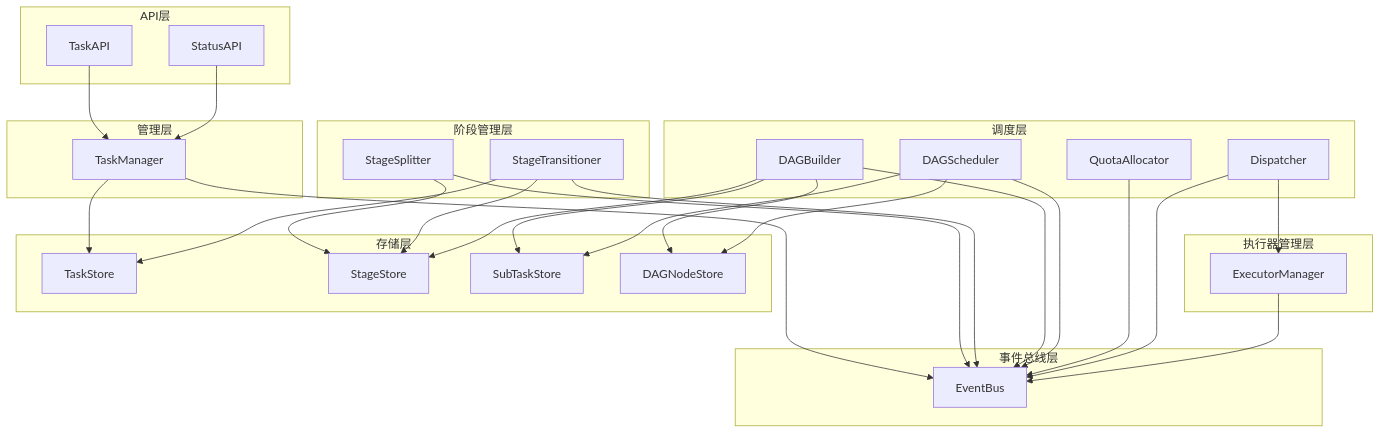
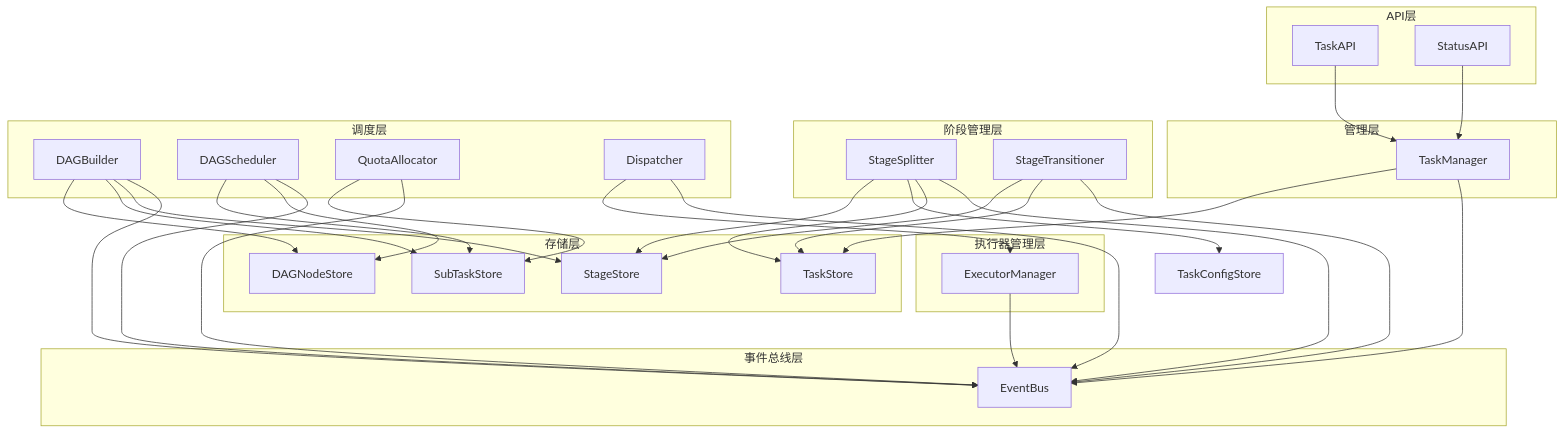
Before and after one commit to njuxumq/agent-eval-server: the second of 8 diagrams in docs/designs/模块设计文档.md, drawn with Mermaid. The commit also changed other lines of this file, not shown here.

````diff
--- a/docs/designs/模块设计文档.md
+++ b/docs/designs/模块设计文档.md
@@ -139,66 +139,69 @@
 ```mermaid
 flowchart TB
     subgraph API层
         TaskAPI
         StatusAPI
     end
 
     subgraph 管理层
         TaskManager
     end
 
     subgraph 阶段管理层
         StageSplitter
         StageTransitioner
     end
 
     subgraph 调度层
         DAGBuilder
         DAGScheduler
         QuotaAllocator
         Dispatcher
     end
 
     subgraph 执行器管理层
         ExecutorManager
     end
 
     subgraph 事件总线层
         EventBus
     end
 
     subgraph 存储层
         TaskStore
         StageStore
         SubTaskStore
         DAGNodeStore
     end
 
     TaskAPI --> TaskManager
     StatusAPI --> TaskManager
     TaskManager --> EventBus
     TaskManager --> TaskStore
 
     StageSplitter --> EventBus
+    StageSplitter --> TaskStore
+    StageSplitter --> TaskConfigStore
     StageSplitter --> StageStore
 
     StageTransitioner --> EventBus
     StageTransitioner --> TaskStore
     StageTransitioner --> StageStore
 
     DAGBuilder --> EventBus
     DAGBuilder --> StageStore
     DAGBuilder --> SubTaskStore
     DAGBuilder --> DAGNodeStore
 
     DAGScheduler --> EventBus
     DAGScheduler --> DAGNodeStore
     DAGScheduler --> SubTaskStore
 
     QuotaAllocator --> EventBus
+    QuotaAllocator --> SubTaskStore
 
     Dispatcher --> EventBus
     Dispatcher --> ExecutorManager
 
     ExecutorManager --> EventBus
 ```
````
